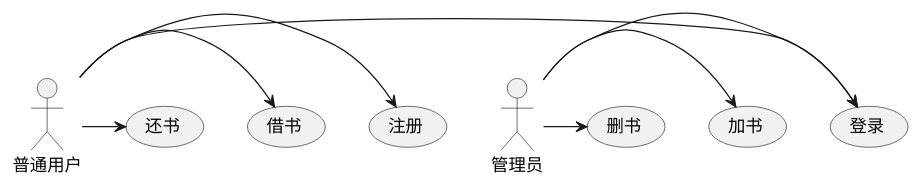
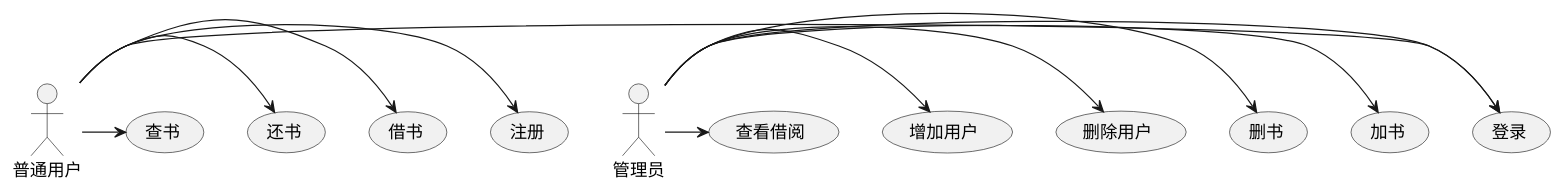
One commit to yearzen1/Library-borrowing-system changed the diagram in 图/用例图.puml. Above: the diagram before and after it, drawn with PlantUML. The commit also changed 5 other files, not shown here.

Commit message:
图

```diff
--- a/图/用例图.puml
+++ b/图/用例图.puml
@@ -1,11 +1,15 @@
 @startuml hh
 :普通用户: as nu
 :管理员: as g
 nu -> (注册)
 nu -> (登录)
 nu -> (借书)
 nu -> (还书)
+nu -> (查书)
 g -> (登录)
 g -> (加书)
 g -> (删书)
+g -> (删除用户)
+g -> (增加用户)
+g -> (查看借阅)
 @enduml
```
